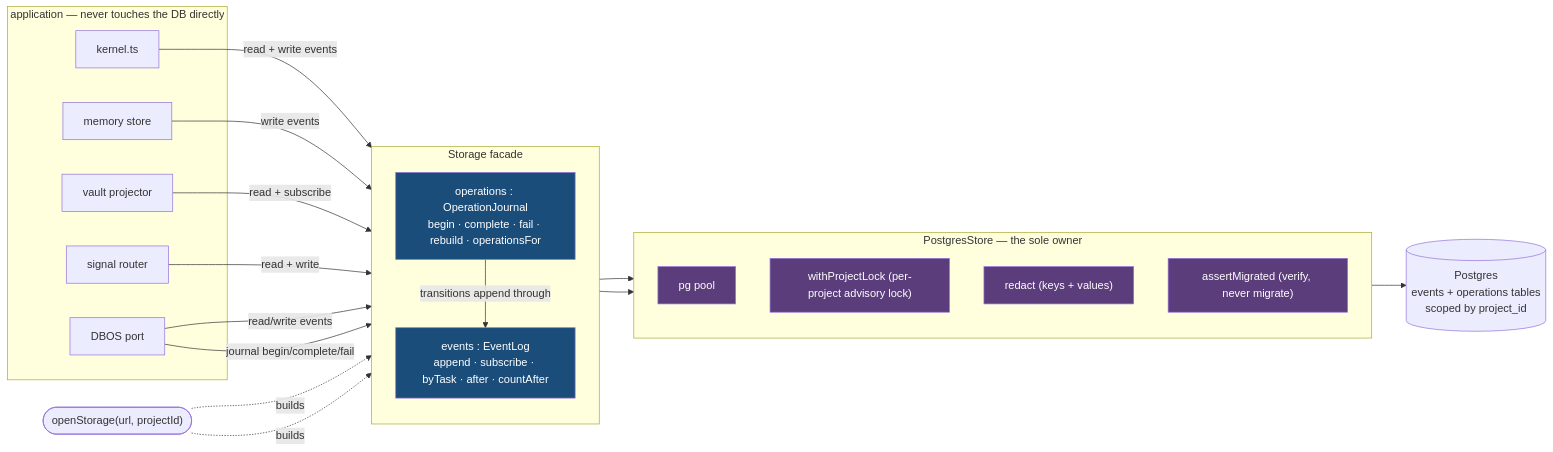
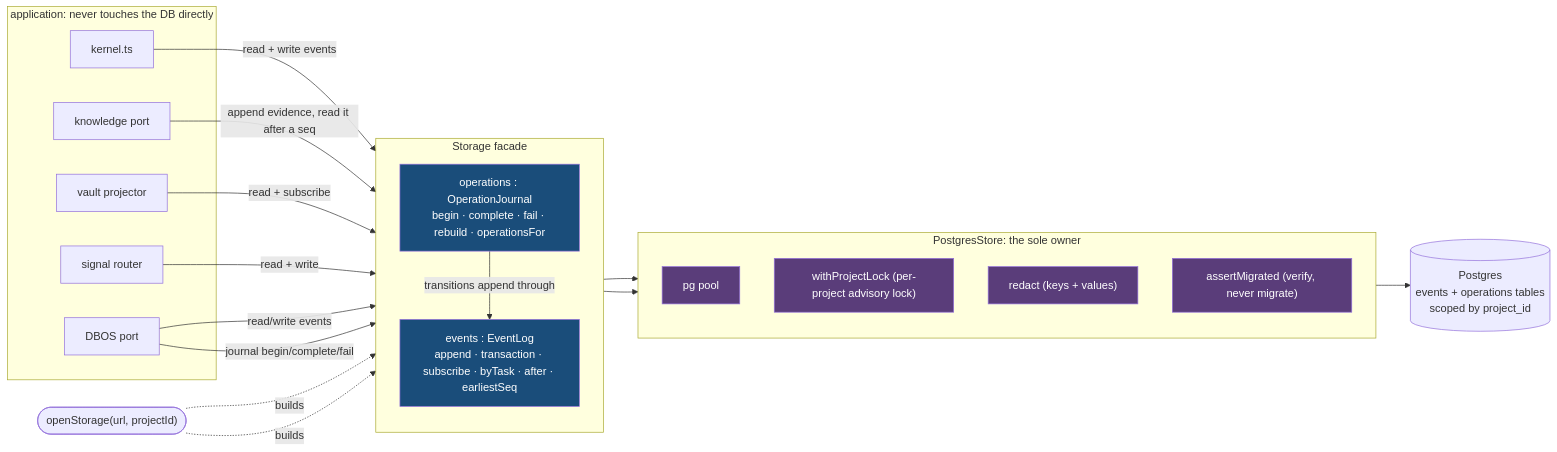
One commit to fetttttjoe/ORC changed the fifth of 7 diagrams in docs/ARCHITECTURE.md. Above: the diagram before and after it, drawn with Mermaid. The commit also changed other lines of this file and 513 other files, not shown here.

````diff
--- a/docs/ARCHITECTURE.md
+++ b/docs/ARCHITECTURE.md
@@ -352,47 +347,47 @@
 ```mermaid
 graph LR
-  subgraph APP ["application — never touches the DB directly"]
+  subgraph APP ["application: never touches the DB directly"]
     K["kernel.ts"]
-    MEM["memory store"]
+    KP["knowledge port"]
     VPR["vault projector"]
     RTR["signal router"]
     PRT["DBOS port"]
   end
 
   OPEN(["openStorage(url, projectId)"])
 
   subgraph SVC ["Storage facade"]
     direction TB
-    EV["events : EventLog<br/>append · subscribe · byTask · after · countAfter"]
+    EV["events : EventLog<br/>append · transaction · subscribe · byTask · after · earliestSeq"]
     OPJ["operations : OperationJournal<br/>begin · complete · fail · rebuild · operationsFor"]
   end
 
-  subgraph OWNER ["PostgresStore — the sole owner"]
+  subgraph OWNER ["PostgresStore: the sole owner"]
     direction TB
     POOL["pg pool"]
     LOCK["withProjectLock (per-project advisory lock)"]
     RED["redact (keys + values)"]
     VER["assertMigrated (verify, never migrate)"]
   end
 
   DB[("Postgres<br/>events + operations tables<br/>scoped by project_id")]
 
   K -->|read + write events| EV
-  MEM -->|write events| EV
+  KP -->|append evidence, read it after a seq| EV
   VPR -->|read + subscribe| EV
   RTR -->|read + write| EV
   PRT -->|"read/write events"| EV
   PRT -->|"journal begin/complete/fail"| OPJ
 
   OPEN -.builds.-> EV
   OPEN -.builds.-> OPJ
   OPJ -->|"transitions append through"| EV
   EV --> OWNER
   OPJ --> OWNER
   OWNER --> DB
 
   classDef facade fill:#1a4d7a,color:#fff
   classDef owner fill:#5a3d7a,color:#fff
   class EV,OPJ facade
   class POOL,LOCK,RED,VER owner
 ```
````
